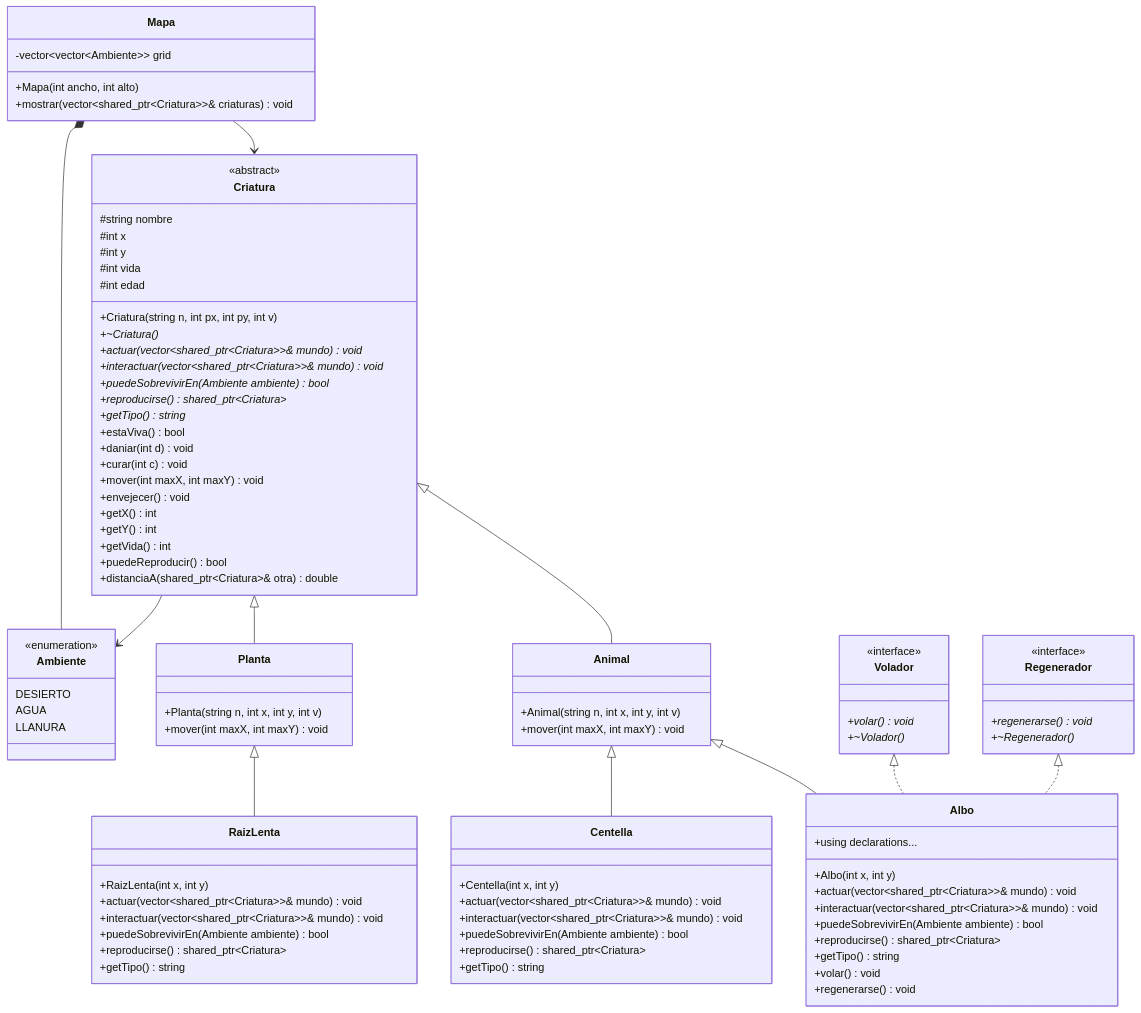
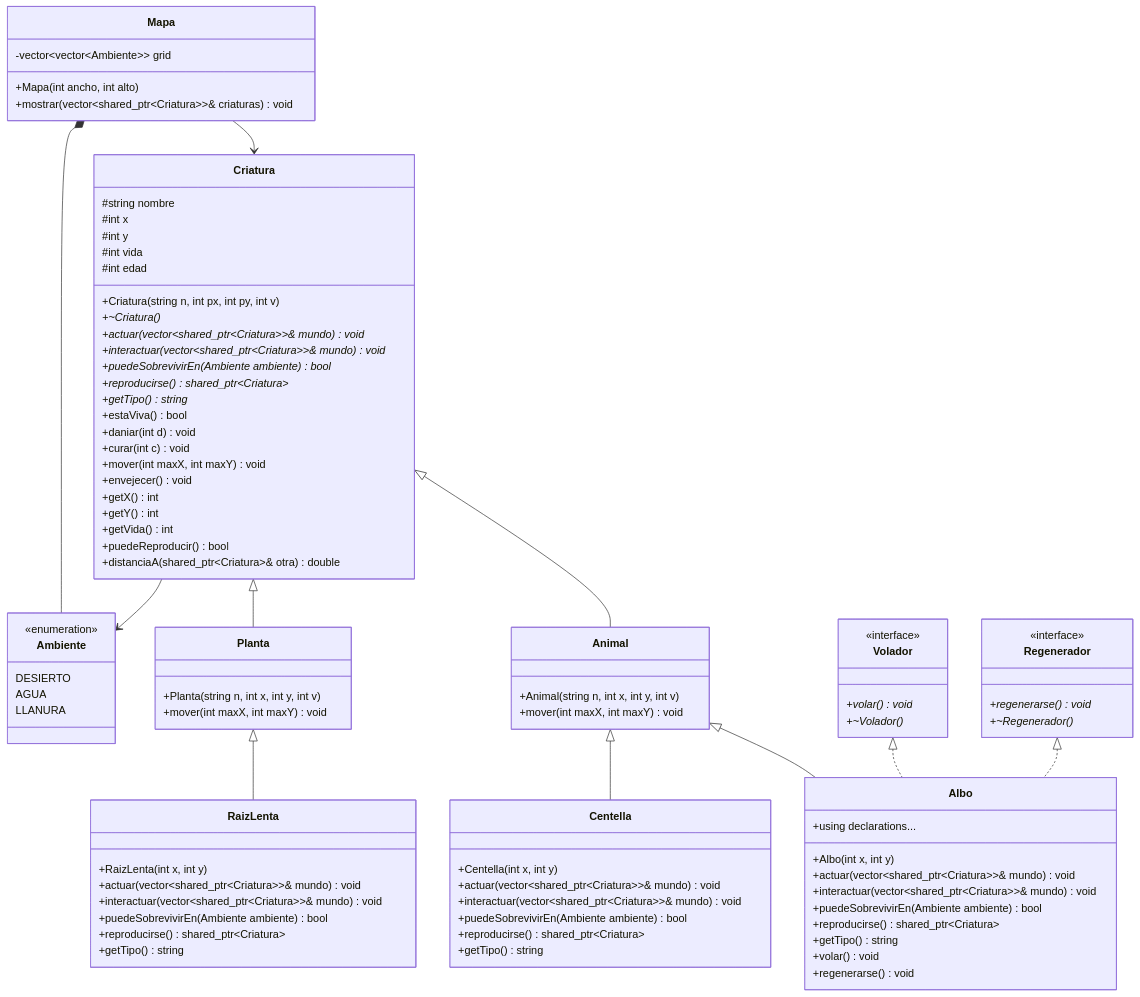
The diagram in UML.md (ThomasGomez970/Proyecto-Final), drawn with Mermaid before and after one commit.

````diff
--- a/UML.md
+++ b/UML.md
@@ -3,8 +3,7 @@
 ```mermaid
 classDiagram
     direction TB
-    
-    %% Enumeración
+
     class Ambiente {
         <<enumeration>>
         DESIERTO
@@ -12,7 +11,7 @@
         LLANURA
     }
 
-    %% Interfaces
+
     class Volador {
         <<interface>>
         +volar()* void
@@ -27,7 +26,6 @@
 
 
     class Criatura {
-        <<abstract>>
         #string nombre
         #int x
         #int y
````
